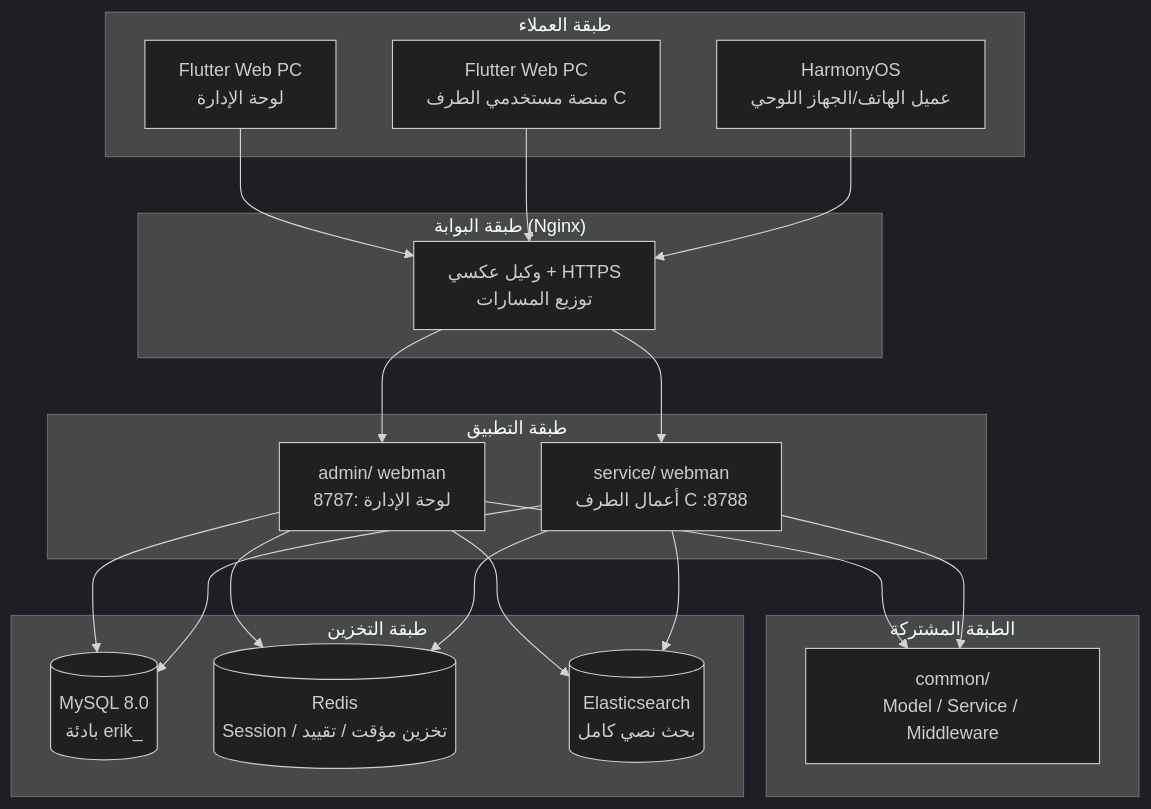
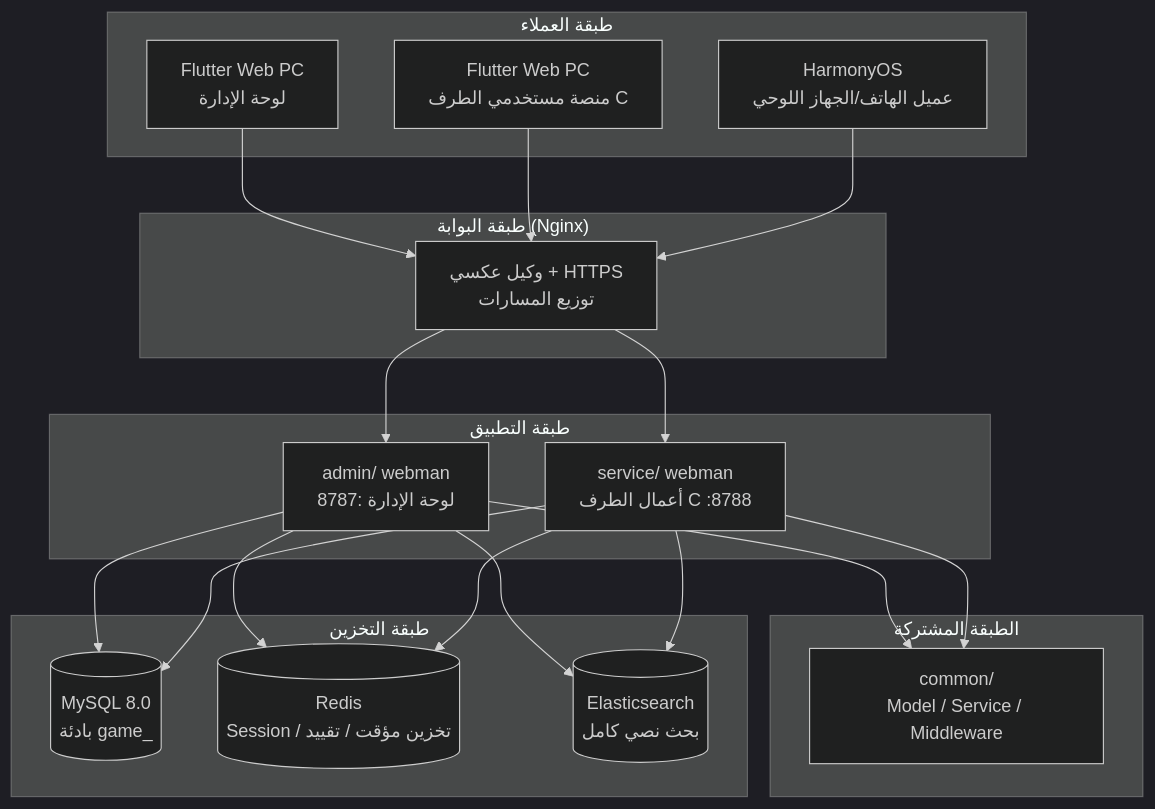
The first of 2 diagrams in admin/docs/superpowers/specs/2026-05-22-game-platform-design.ar.md (erikwang2013/game-platform-php), drawn with Mermaid (dark theme) before and after one commit. The commit also changed other lines of this file and 345 other files, not shown here.

````diff
--- a/admin/docs/superpowers/specs/2026-05-22-game-platform-design.ar.md
+++ b/admin/docs/superpowers/specs/2026-05-22-game-platform-design.ar.md
@@ -267,33 +267,33 @@
 ```mermaid
 flowchart TB
     subgraph "طبقة العملاء"
         A1["Flutter Web PC<br/>لوحة الإدارة"]
         A2["Flutter Web PC<br/>منصة مستخدمي الطرف C"]
         A3["HarmonyOS<br/>عميل الهاتف/الجهاز اللوحي"]
     end
 
     subgraph "طبقة البوابة (Nginx)"
         B1["وكيل عكسي + HTTPS<br/>توزيع المسارات"]
     end
 
     subgraph "طبقة التطبيق"
         C1["admin/ webman<br/>لوحة الإدارة :8787"]
         C2["service/ webman<br/>أعمال الطرف C :8788"]
     end
 
     subgraph "الطبقة المشتركة"
         D1["common/<br/>Model / Service / Middleware"]
     end
 
     subgraph "طبقة التخزين"
-        E1[("MySQL 8.0<br/>بادئة erik_")]
+        E1[("MySQL 8.0<br/>بادئة game_")]
         E2[("Redis<br/>Session / تخزين مؤقت / تقييد")]
         E3[("Elasticsearch<br/>بحث نصي كامل")]
     end
 
     A1 & A2 & A3 --> B1
     B1 --> C1
     B1 --> C2
     C1 & C2 --> D1
     C1 & C2 --> E1 & E2 & E3
 ```
````
